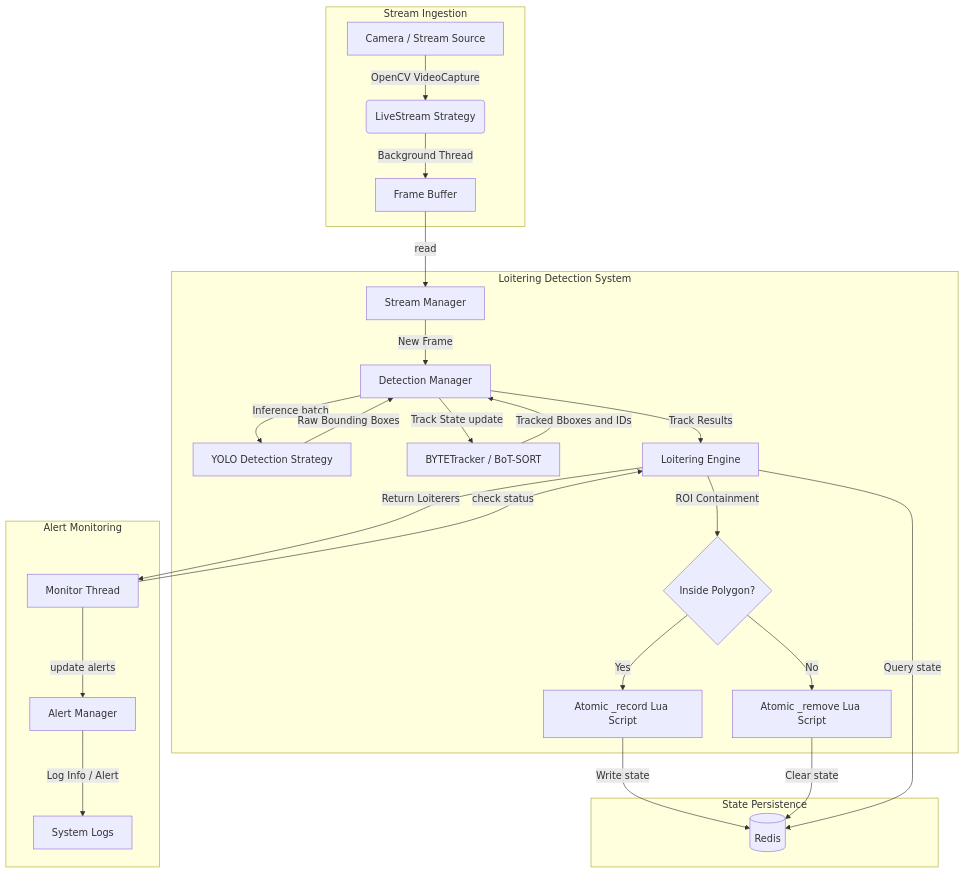
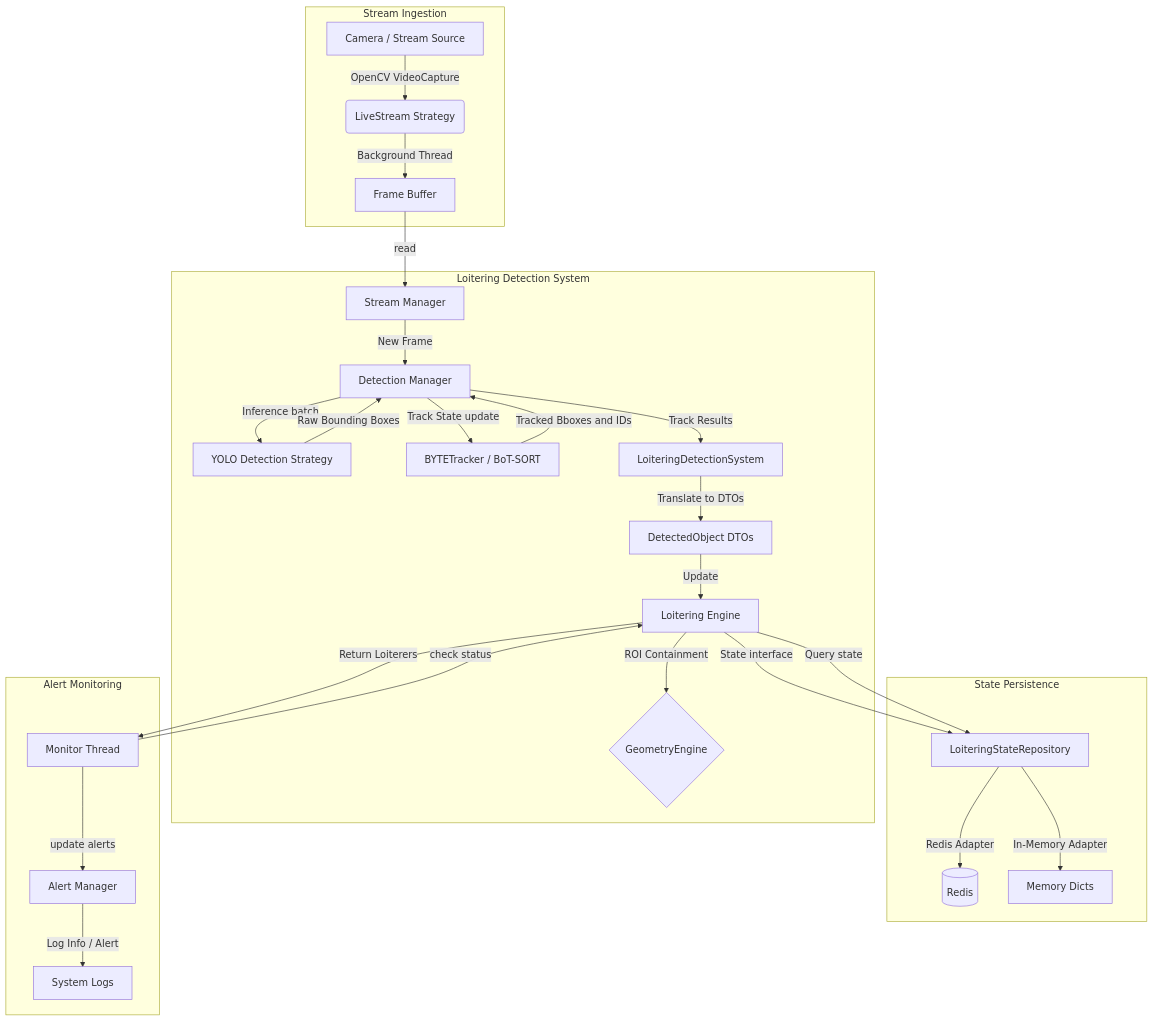
One commit to Thas-Tayapongsak/loitering-detector changed the diagram in CONTEXT.md. Above: the diagram before and after it, drawn with Mermaid. The commit also changed other lines of this file and 12 other files, not shown here.

Commit message:
refactor: decouple loitering engine from Redis, OpenCV, and YOLO via dependency injection

````diff
--- a/CONTEXT.md
+++ b/CONTEXT.md
@@ -11,33 +11,34 @@
 ```mermaid
 flowchart TD
     subgraph Ingestion [Stream Ingestion]
         A[Camera / Stream Source] -->|OpenCV VideoCapture| B(LiveStream Strategy)
         B -->|Background Thread| C[Frame Buffer]
     end
 
     subgraph CoreSystem [Loitering Detection System]
         C -->|read| D[Stream Manager]
         D -->|New Frame| E[Detection Manager]
         E -->|Inference batch| F[YOLO Detection Strategy]
         F -->|Raw Bounding Boxes| E
         E -->|Track State update| G["BYTETracker / BoT-SORT"]
         G -->|Tracked Bboxes and IDs| E
-        E -->|Track Results| H[Loitering Engine]
-        H -->|ROI Containment| I{Inside Polygon?}
-        I -->|Yes| J["Atomic _record Lua Script"]
-        I -->|No| K["Atomic _remove Lua Script"]
+        E -->|Track Results| H[LoiteringDetectionSystem]
+        H -->|Translate to DTOs| I[DetectedObject DTOs]
+        I -->|Update| J[Loitering Engine]
+        J -->|ROI Containment| K{GeometryEngine}
     end
 
     subgraph Persistence [State Persistence]
-        J -->|Write state| L[(Redis)]
-        K -->|Clear state| L
+        J -->|State interface| L[LoiteringStateRepository]
+        L -->|Redis Adapter| M[(Redis)]
+        L -->|In-Memory Adapter| N[Memory Dicts]
     end
 
     subgraph Monitoring [Alert Monitoring]
-        M[Monitor Thread] -->|check status| H
-        H -->|Query state| L
-        H -->|Return Loiterers| M
-        M -->|update alerts| N[Alert Manager]
-        N -->|Log Info / Alert| O[System Logs]
+        O[Monitor Thread] -->|check status| J
+        J -->|Query state| L
+        J -->|Return Loiterers| O
+        O -->|update alerts| P[Alert Manager]
+        P -->|Log Info / Alert| Q[System Logs]
     end
 ```
````
